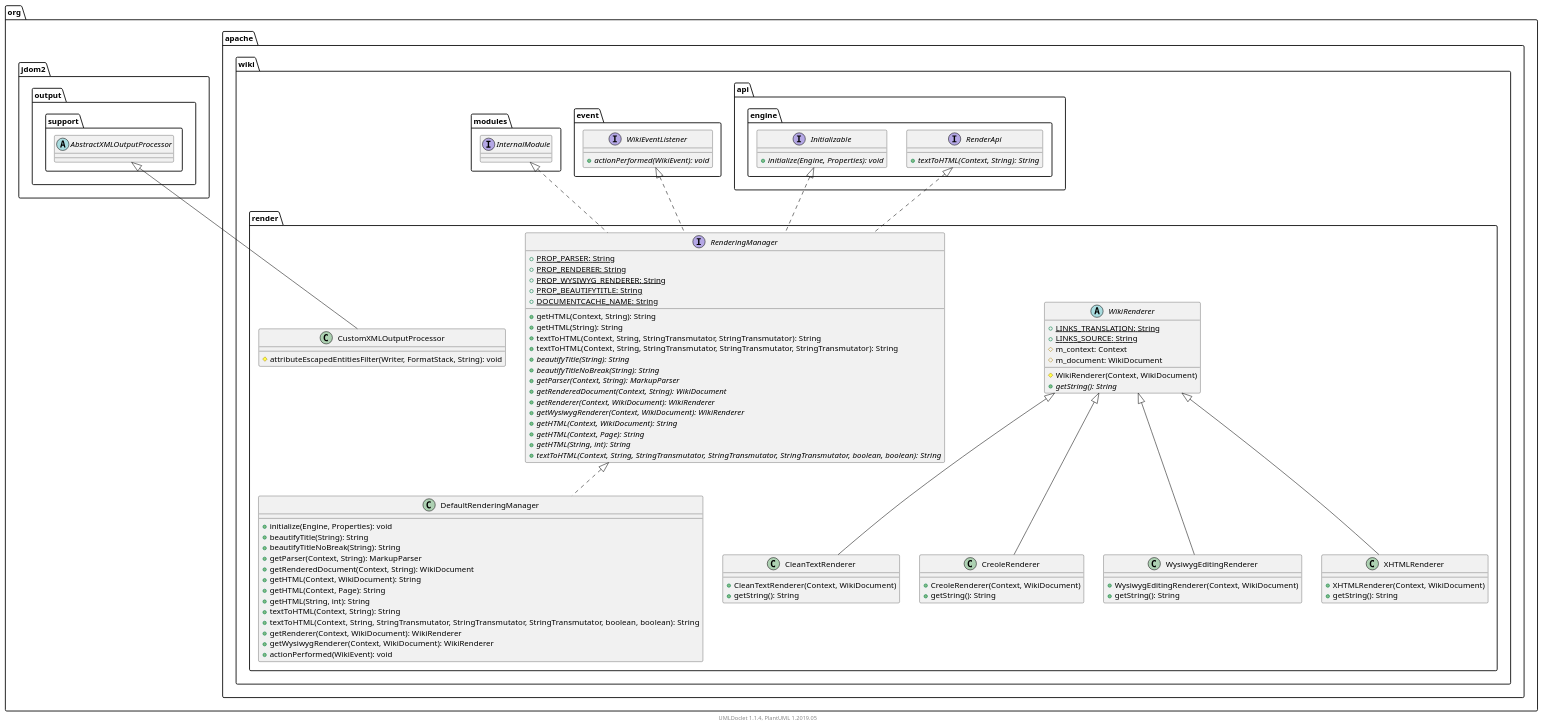
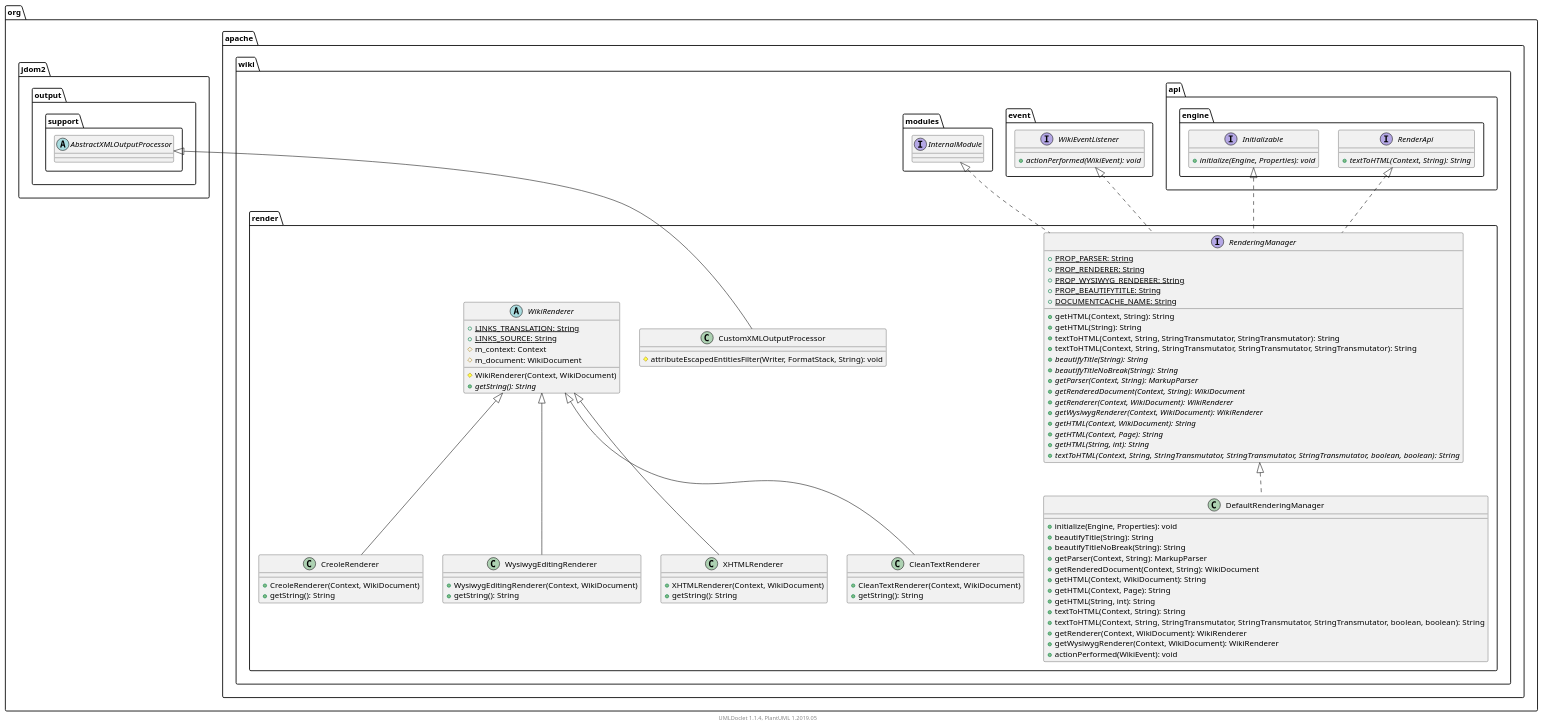
One commit to apache/jspwiki-site changed the diagram in apidocs/2.11.0.M7-SNAPSHOT/org/apache/wiki/render/package.puml. Above: the diagram before and after it, drawn with PlantUML. The commit also changed other lines of this file and 1810 other files, not shown here.

```diff
--- a/apidocs/2.11.0.M7-SNAPSHOT/org/apache/wiki/render/package.puml
+++ b/apidocs/2.11.0.M7-SNAPSHOT/org/apache/wiki/render/package.puml
@@ -1,111 +1,111 @@
 @startuml
 
     namespace org.apache.wiki.render {
 
-        abstract class WikiRenderer [[WikiRenderer.html]] {
-            {static} +LINKS_TRANSLATION: String
-            {static} +LINKS_SOURCE: String
-            #m_context: Context
-            #m_document: WikiDocument
-            #WikiRenderer(Context, WikiDocument)
-            {abstract} +getString(): String
+        class CustomXMLOutputProcessor [[CustomXMLOutputProcessor.html]] {
+            #attributeEscapedEntitiesFilter(Writer, FormatStack, String): void
         }
 
         interface RenderingManager [[RenderingManager.html]] {
             {static} +PROP_PARSER: String
             {static} +PROP_RENDERER: String
             {static} +PROP_WYSIWYG_RENDERER: String
             {static} +PROP_BEAUTIFYTITLE: String
             {static} +DOCUMENTCACHE_NAME: String
             +getHTML(Context, String): String
             +getHTML(String): String
             +textToHTML(Context, String, StringTransmutator, StringTransmutator): String
             +textToHTML(Context, String, StringTransmutator, StringTransmutator, StringTransmutator): String
             {abstract} +beautifyTitle(String): String
             {abstract} +beautifyTitleNoBreak(String): String
             {abstract} +getParser(Context, String): MarkupParser
             {abstract} +getRenderedDocument(Context, String): WikiDocument
             {abstract} +getRenderer(Context, WikiDocument): WikiRenderer
             {abstract} +getWysiwygRenderer(Context, WikiDocument): WikiRenderer
             {abstract} +getHTML(Context, WikiDocument): String
             {abstract} +getHTML(Context, Page): String
             {abstract} +getHTML(String, int): String
             {abstract} +textToHTML(Context, String, StringTransmutator, StringTransmutator, StringTransmutator, boolean, boolean): String
         }
 
         class CleanTextRenderer [[CleanTextRenderer.html]] {
             +CleanTextRenderer(Context, WikiDocument)
             +getString(): String
         }
 
         class CreoleRenderer [[CreoleRenderer.html]] {
             +CreoleRenderer(Context, WikiDocument)
             +getString(): String
         }
 
+        abstract class WikiRenderer [[WikiRenderer.html]] {
+            {static} +LINKS_TRANSLATION: String
+            {static} +LINKS_SOURCE: String
+            #m_context: Context
+            #m_document: WikiDocument
+            #WikiRenderer(Context, WikiDocument)
+            {abstract} +getString(): String
+        }
+
         class WysiwygEditingRenderer [[WysiwygEditingRenderer.html]] {
             +WysiwygEditingRenderer(Context, WikiDocument)
             +getString(): String
         }
 
         class DefaultRenderingManager [[DefaultRenderingManager.html]] {
             +initialize(Engine, Properties): void
             +beautifyTitle(String): String
             +beautifyTitleNoBreak(String): String
             +getParser(Context, String): MarkupParser
             +getRenderedDocument(Context, String): WikiDocument
             +getHTML(Context, WikiDocument): String
             +getHTML(Context, Page): String
             +getHTML(String, int): String
             +textToHTML(Context, String): String
             +textToHTML(Context, String, StringTransmutator, StringTransmutator, StringTransmutator, boolean, boolean): String
             +getRenderer(Context, WikiDocument): WikiRenderer
             +getWysiwygRenderer(Context, WikiDocument): WikiRenderer
             +actionPerformed(WikiEvent): void
         }
 
         class XHTMLRenderer [[XHTMLRenderer.html]] {
             +XHTMLRenderer(Context, WikiDocument)
             +getString(): String
         }
 
-        class CustomXMLOutputProcessor [[CustomXMLOutputProcessor.html]] {
-            #attributeEscapedEntitiesFilter(Writer, FormatStack, String): void
-        }
+        abstract class org.jdom2.output.support.AbstractXMLOutputProcessor
+        org.jdom2.output.support.AbstractXMLOutputProcessor <|-- CustomXMLOutputProcessor
 
         interface org.apache.wiki.api.engine.RenderApi {
             {abstract} +textToHTML(Context, String): String
         }
         org.apache.wiki.api.engine.RenderApi <|.. RenderingManager
 
         interface org.apache.wiki.event.WikiEventListener {
             {abstract} +actionPerformed(WikiEvent): void
         }
         org.apache.wiki.event.WikiEventListener <|.. RenderingManager
 
         interface org.apache.wiki.modules.InternalModule
         org.apache.wiki.modules.InternalModule <|.. RenderingManager
 
         interface org.apache.wiki.api.engine.Initializable {
             {abstract} +initialize(Engine, Properties): void
         }
         org.apache.wiki.api.engine.Initializable <|.. RenderingManager
 
         WikiRenderer <|-- CleanTextRenderer
 
         WikiRenderer <|-- CreoleRenderer
 
         WikiRenderer <|-- WysiwygEditingRenderer
 
         RenderingManager <|.. DefaultRenderingManager
 
         WikiRenderer <|-- XHTMLRenderer
 
-        abstract class org.jdom2.output.support.AbstractXMLOutputProcessor
-        org.jdom2.output.support.AbstractXMLOutputProcessor <|-- CustomXMLOutputProcessor
-
     }
 
 
     center footer UMLDoclet 1.1.4, PlantUML 1.2019.05
 @enduml
```
